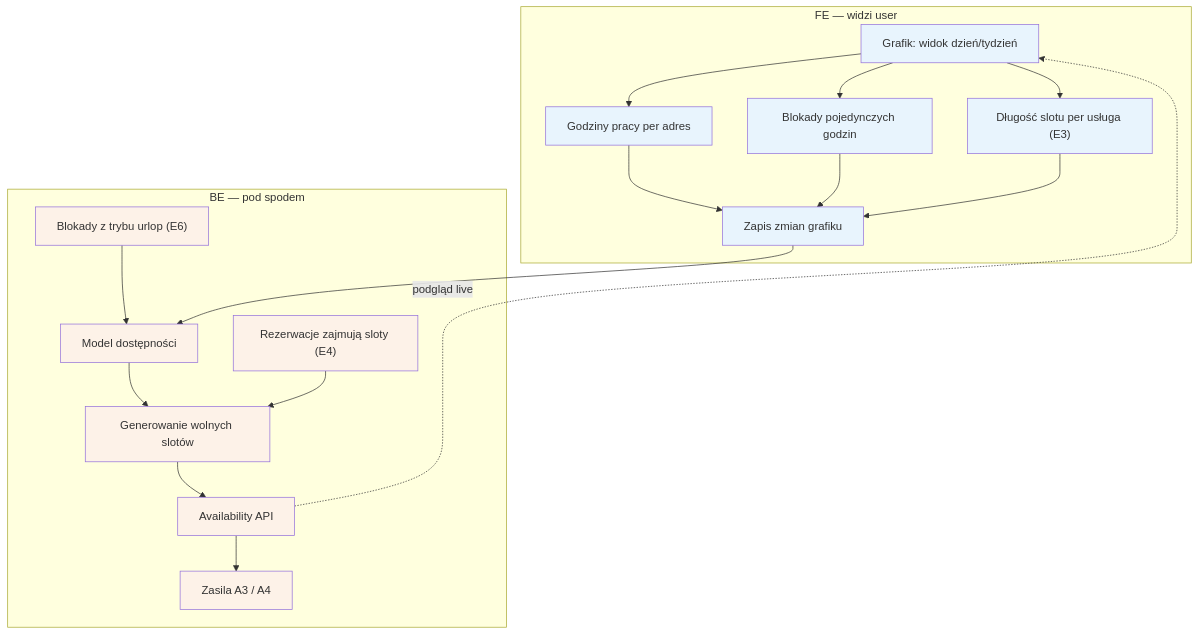
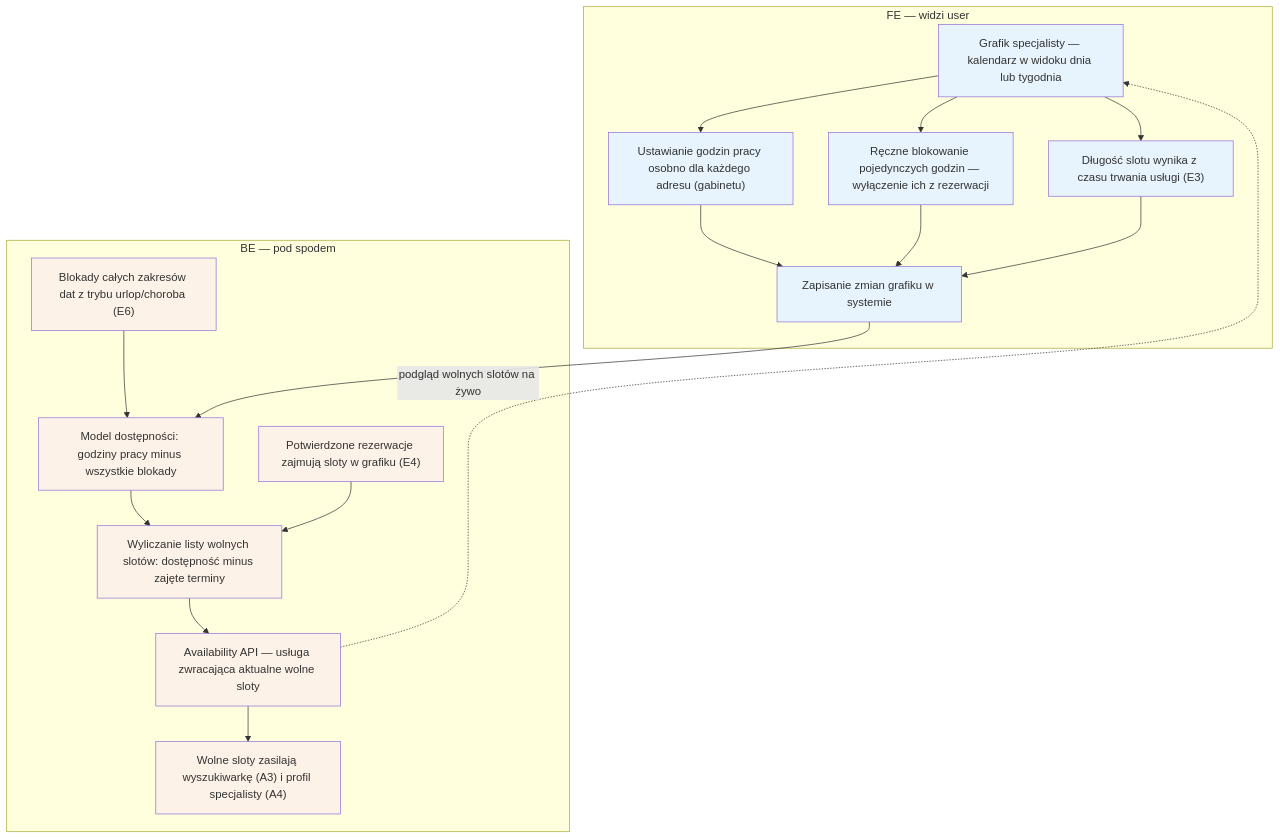
One commit to QooperBoy/medivo_portal changed the diagram in diagrams/e-panel/e2-grafik-dostepnosc.md. Above: the diagram before and after it, drawn with Mermaid. The commit also changed other lines of this file and 47 other files, not shown here.

First line of the commit message:
czytelnosc: pelne etykiety + sekcje Aktorzy i Objasnienie blokow (23 diagramy)

````diff
--- a/diagrams/e-panel/e2-grafik-dostepnosc.md
+++ b/diagrams/e-panel/e2-grafik-dostepnosc.md
@@ -3,38 +3,38 @@
 ```mermaid
 flowchart TD
     subgraph FE["FE — widzi user"]
-        GRAFIK["Grafik: widok dzień/tydzień"]
-        GODZ["Godziny pracy per adres"]
-        BLOK["Blokady pojedynczych godzin"]
-        DLUG["Długość slotu per usługa (E3)"]
-        ZAPIS["Zapis zmian grafiku"]
+        GRAFIK["Grafik specjalisty — kalendarz w widoku dnia lub tygodnia"]
+        GODZ["Ustawianie godzin pracy osobno dla każdego adresu (gabinetu)"]
+        BLOK["Ręczne blokowanie pojedynczych godzin — wyłączenie ich z rezerwacji"]
+        DLUG["Długość slotu wynika z czasu trwania usługi (E3)"]
+        ZAPIS["Zapisanie zmian grafiku w systemie"]
     end
 
     subgraph BE["BE — pod spodem"]
-        MODEL["Model dostępności"]
-        REZ["Rezerwacje zajmują sloty (E4)"]
-        URLOP["Blokady z trybu urlop (E6)"]
-        GEN["Generowanie wolnych slotów"]
-        AVAIL["Availability API"]
-        A34["Zasila A3 / A4"]
+        MODEL["Model dostępności: godziny pracy minus wszystkie blokady"]
+        REZ["Potwierdzone rezerwacje zajmują sloty w grafiku (E4)"]
+        URLOP["Blokady całych zakresów dat z trybu urlop/choroba (E6)"]
+        GEN["Wyliczanie listy wolnych slotów: dostępność minus zajęte terminy"]
+        AVAIL["Availability API — usługa zwracająca aktualne wolne sloty"]
+        A34["Wolne sloty zasilają wyszukiwarkę (A3) i profil specjalisty (A4)"]
     end
 
     GRAFIK --> GODZ
     GRAFIK --> BLOK
     GRAFIK --> DLUG
     GODZ --> ZAPIS
     BLOK --> ZAPIS
     DLUG --> ZAPIS
     ZAPIS --> MODEL
     URLOP --> MODEL
     MODEL --> GEN
     REZ --> GEN
     GEN --> AVAIL
     AVAIL --> A34
-    AVAIL -.->|"podgląd live"| GRAFIK
+    AVAIL -.->|"podgląd wolnych slotów na żywo"| GRAFIK
 
     classDef fe fill:#e8f4fd
     classDef be fill:#fdf2e8
     class GRAFIK,GODZ,BLOK,DLUG,ZAPIS fe
     class MODEL,REZ,URLOP,GEN,AVAIL,A34 be
 ```
````
